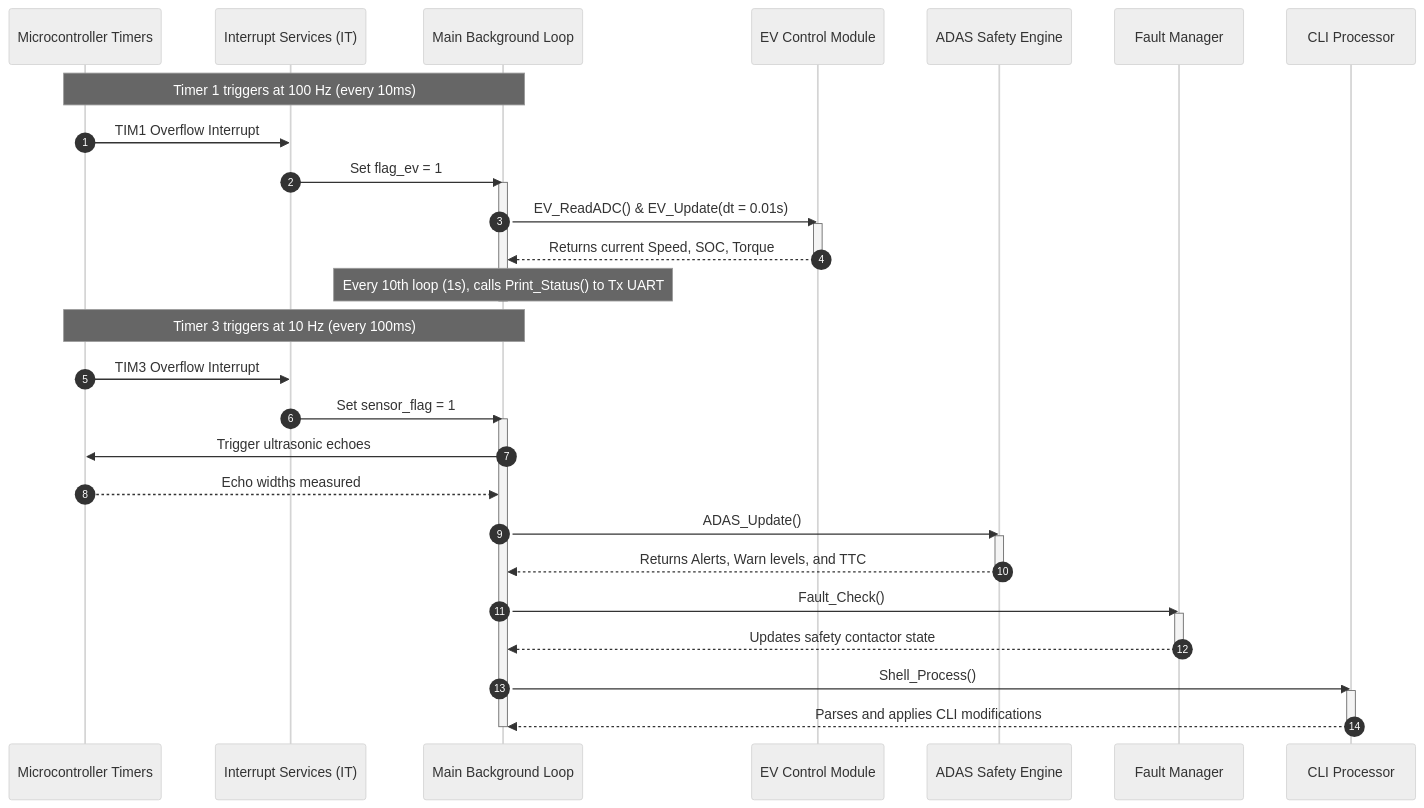
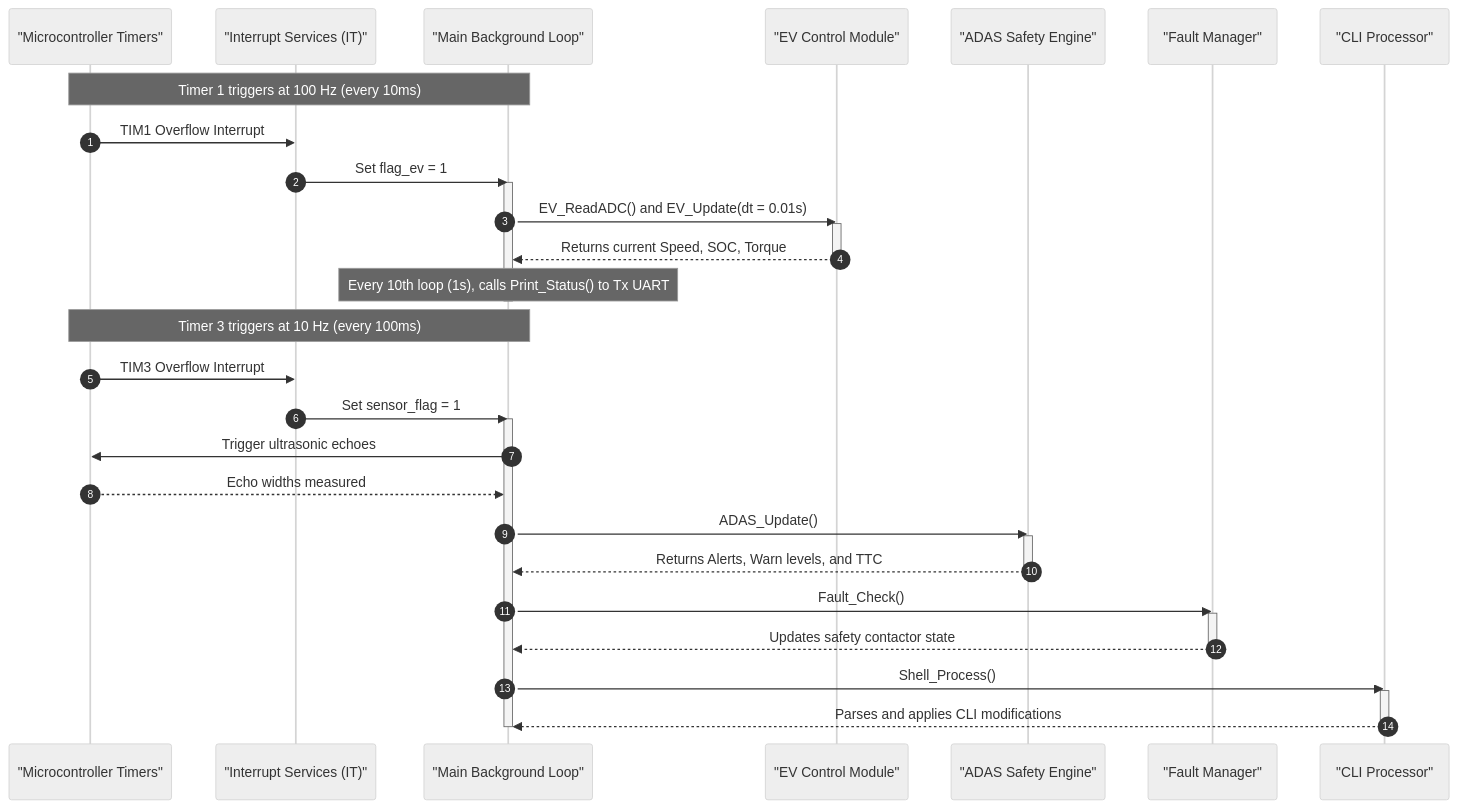
Before and after one commit to ahana4banerjee/ev_adas_dashboard: the second of 9 diagrams in ARCHITECTURE.md, drawn with Mermaid (neutral theme). The commit also changed other lines of this file, not shown here.

Commit message:
refactor: update Mermaid diagrams with consistent string quoting and clearer documentation labels

````diff
--- a/ARCHITECTURE.md
+++ b/ARCHITECTURE.md
@@ -141,44 +141,44 @@
 ```mermaid
 sequenceDiagram
     autonumber
-    participant HW as Microcontroller Timers
-    participant ISR as Interrupt Services (IT)
-    participant Executive as Main Background Loop
-    participant Dynamics as EV Control Module
-    participant ADAS as ADAS Safety Engine
-    participant Fault as Fault Manager
-    participant Shell as CLI Processor
+    participant HW as "Microcontroller Timers"
+    participant ISR as "Interrupt Services (IT)"
+    participant Executive as "Main Background Loop"
+    participant Dynamics as "EV Control Module"
+    participant ADAS as "ADAS Safety Engine"
+    participant Fault as "Fault Manager"
+    participant Shell as "CLI Processor"
 
     %% 10ms Tick Loop
     Note over HW, Executive: Timer 1 triggers at 100 Hz (every 10ms)
     HW->>ISR: TIM1 Overflow Interrupt
     ISR->>Executive: Set flag_ev = 1
     activate Executive
-    Executive->>Dynamics: EV_ReadADC() & EV_Update(dt = 0.01s)
+    Executive->>Dynamics: EV_ReadADC() and EV_Update(dt = 0.01s)
     activate Dynamics
     Dynamics-->>Executive: Returns current Speed, SOC, Torque
     deactivate Dynamics
     Note over Executive: Every 10th loop (1s), calls Print_Status() to Tx UART
     deactivate Executive
 
     %% 100ms Tick Loop
     Note over HW, Executive: Timer 3 triggers at 10 Hz (every 100ms)
     HW->>ISR: TIM3 Overflow Interrupt
     ISR->>Executive: Set sensor_flag = 1
     activate Executive
     Executive->>HW: Trigger ultrasonic echoes
     HW-->>Executive: Echo widths measured
     Executive->>ADAS: ADAS_Update()
     activate ADAS
     ADAS-->>Executive: Returns Alerts, Warn levels, and TTC
     deactivate ADAS
     Executive->>Fault: Fault_Check()
     activate Fault
     Fault-->>Executive: Updates safety contactor state
     deactivate Fault
     Executive->>Shell: Shell_Process()
     activate Shell
     Shell-->>Executive: Parses and applies CLI modifications
     deactivate Shell
     deactivate Executive
 ```
````
